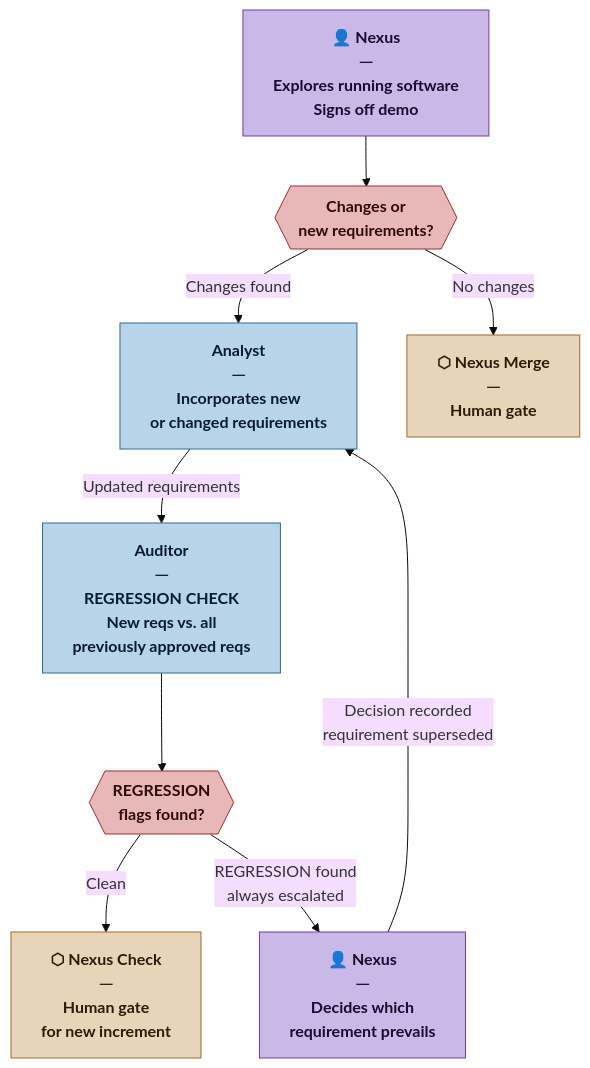
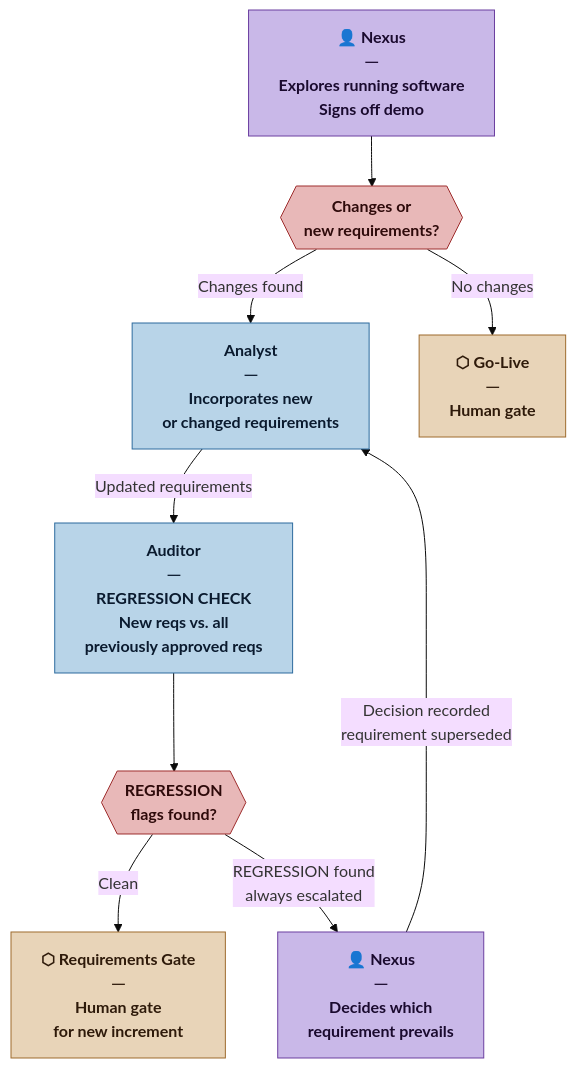
The second of 2 diagrams in process/DEC-0015-ingestion-loop.md (loskylp/Nexus-SDLC), drawn with Mermaid (base theme) before and after one commit. The commit also changed other lines of this file and 12 other files, not shown here.

````diff
--- a/process/DEC-0015-ingestion-loop.md
+++ b/process/DEC-0015-ingestion-loop.md
@@ -51,26 +51,26 @@
 ```mermaid
 flowchart TD
     classDef nexus    fill:#c9b8e8,stroke:#6b3fa0,color:#1a0a2e,font-weight:bold
     classDef agent    fill:#b8d4e8,stroke:#2d6b9e,color:#0a1a2e,font-weight:bold
     classDef gate     fill:#e8d4b8,stroke:#9e6b2d,color:#2e1a0a,font-weight:bold
     classDef decision fill:#e8b8b8,stroke:#9e2d2d,color:#2e0a0a,font-weight:bold
     classDef warn     fill:#e8c8b8,stroke:#9e5a2d,color:#2e1a0a,font-weight:bold
 
     DEMO["👤 Nexus<br/>─<br/>Explores running software<br/>Signs off demo"]:::nexus
     DEC1{{"Changes or<br/>new requirements?"}}:::decision
     AN["Analyst<br/>─<br/>Incorporates new<br/>or changed requirements"]:::agent
     AU["Auditor<br/>─<br/>REGRESSION CHECK<br/>New reqs vs. all<br/>previously approved reqs"]:::agent
     DEC2{{"REGRESSION<br/>flags found?"}}:::decision
     NQ["👤 Nexus<br/>─<br/>Decides which<br/>requirement prevails"]:::nexus
-    NC["⬡ Nexus Check<br/>─<br/>Human gate<br/>for new increment"]:::gate
-    NM["⬡ Nexus Merge<br/>─<br/>Human gate"]:::gate
+    NC["⬡ Requirements Gate<br/>─<br/>Human gate<br/>for new increment"]:::gate
+    NM["⬡ Go-Live<br/>─<br/>Human gate"]:::gate
 
     DEMO --> DEC1
     DEC1 -->|"No changes"| NM
     DEC1 -->|"Changes found"| AN
     AN   -->|"Updated requirements"| AU
     AU   --> DEC2
     DEC2 -->|"Clean"| NC
     DEC2 -->|"REGRESSION found<br/>always escalated"| NQ
     NQ   -->|"Decision recorded<br/>requirement superseded"| AN
 ```
````
